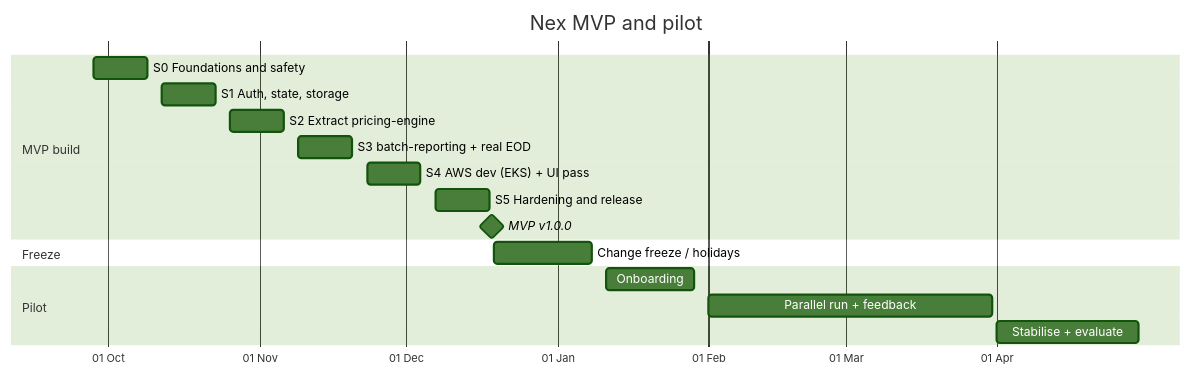
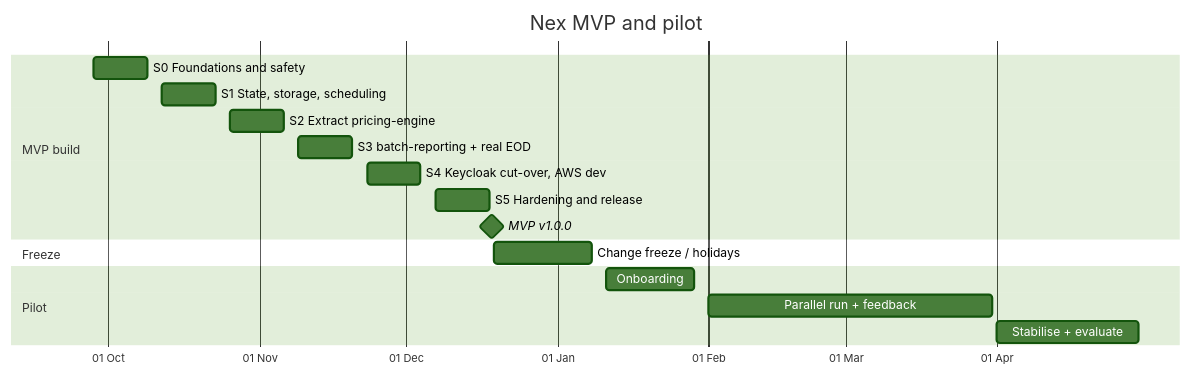
Before and after one commit to Mutwila-Alinta/ATS: the fifth of 5 diagrams in docs/NEX_ARCHITECTURE_AND_ROADMAP.md, drawn with Mermaid (forest theme). The commit also changed other lines of this file and 1 other file, not shown here.

First line of the commit message:
docs: roadmap v0.4 - Keycloak cut-over in Sprint 4, Sprint 0 progress

````diff
--- a/docs/NEX_ARCHITECTURE_AND_ROADMAP.md
+++ b/docs/NEX_ARCHITECTURE_AND_ROADMAP.md
@@ -383,20 +393,20 @@
 ```mermaid
 gantt
   title Nex MVP and pilot
   dateFormat YYYY-MM-DD
   axisFormat %d %b
   section MVP build
   S0 Foundations and safety        :s0, 2026-09-28, 2026-10-09
-  S1 Auth, state, storage          :s1, 2026-10-12, 2026-10-23
+  S1 State, storage, scheduling   :s1, 2026-10-12, 2026-10-23
   S2 Extract pricing-engine        :s2, 2026-10-26, 2026-11-06
   S3 batch-reporting + real EOD    :s3, 2026-11-09, 2026-11-20
-  S4 AWS dev (EKS) + UI pass       :s4, 2026-11-23, 2026-12-04
+  S4 Keycloak cut-over, AWS dev    :s4, 2026-11-23, 2026-12-04
   S5 Hardening and release         :s5, 2026-12-07, 2026-12-18
   MVP v1.0.0                       :milestone, m1, 2026-12-18, 1d
   section Freeze
   Change freeze / holidays         :f, 2026-12-19, 2027-01-08
   section Pilot
   Onboarding                       :p1, 2027-01-11, 2027-01-29
   Parallel run + feedback          :p2, 2027-02-01, 2027-03-31
   Stabilise + evaluate             :p3, 2027-04-01, 2027-04-30
 ```
````
